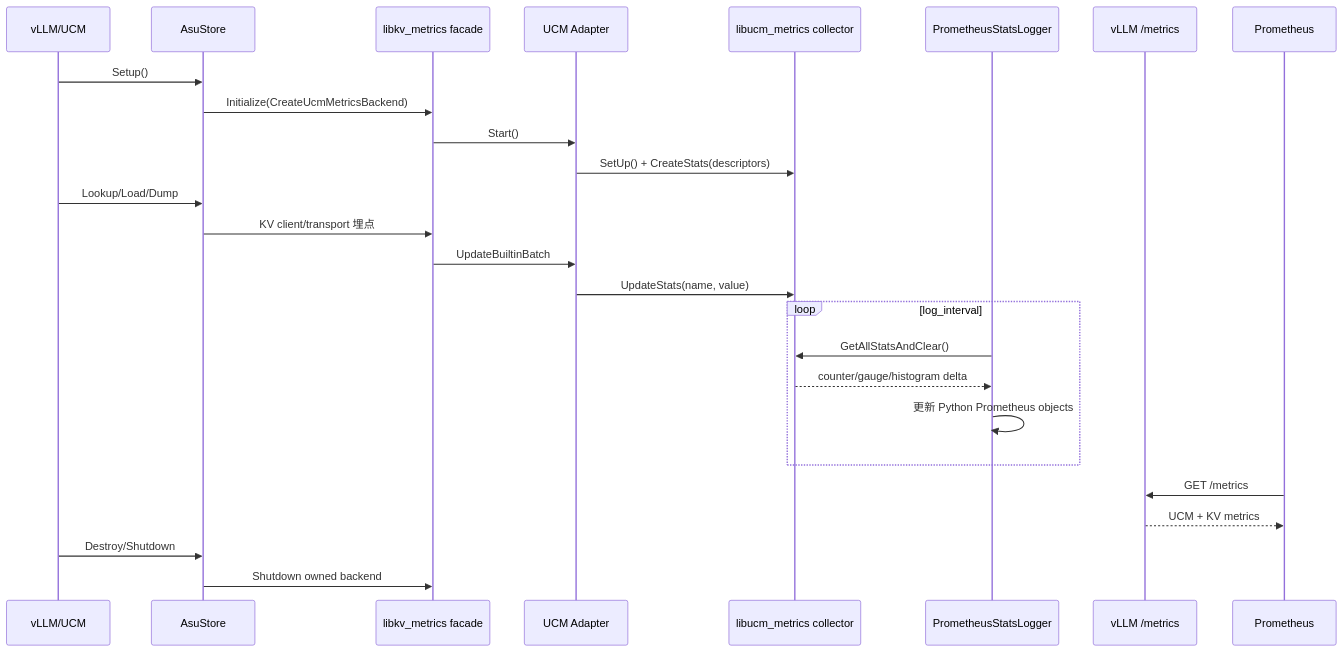
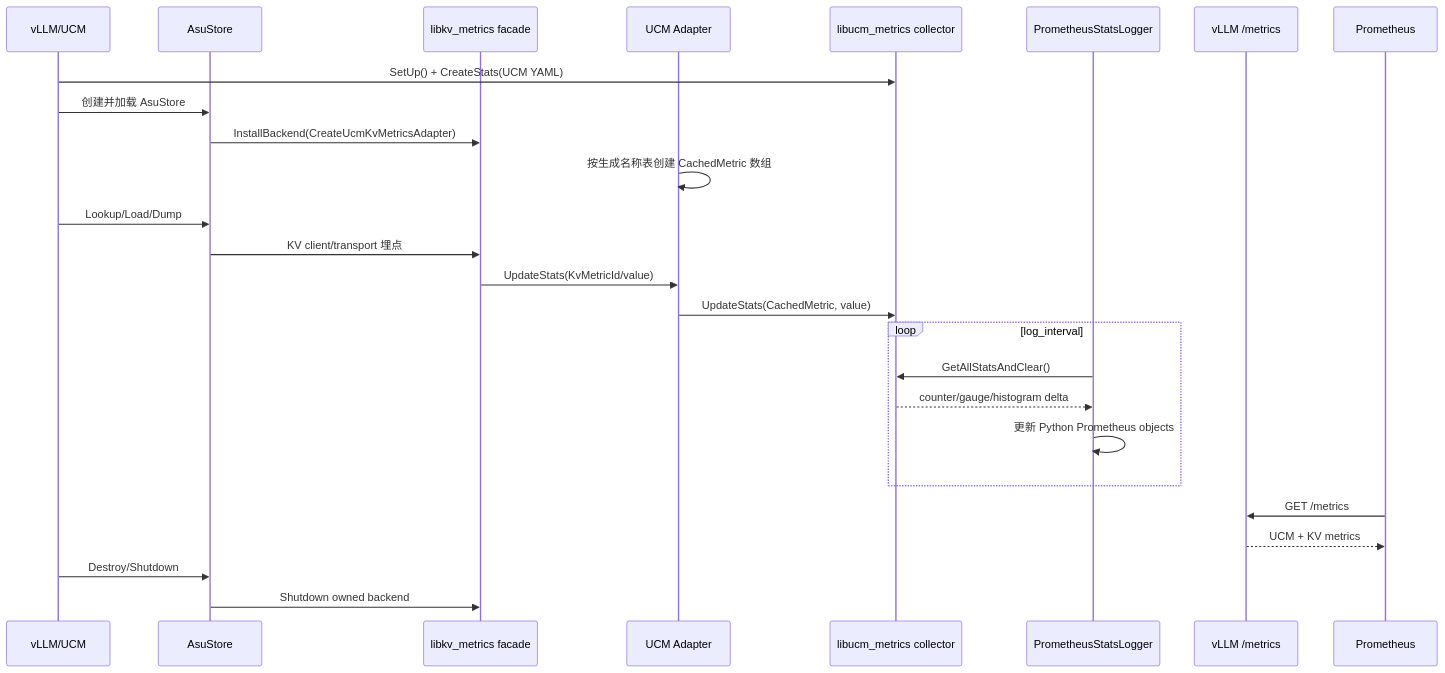
One commit to yuanzhg078/unified-cache-management changed the third of 3 diagrams in docs/source/user-guide/metrics/kv_metrics_architecture_zh.md. Above: the diagram before and after it, drawn with Mermaid. The commit also changed other lines of this file and 25 other files, not shown here.

````diff
--- a/docs/source/user-guide/metrics/kv_metrics_architecture_zh.md
+++ b/docs/source/user-guide/metrics/kv_metrics_architecture_zh.md
@@ -333,29 +333,29 @@
 ```mermaid
 sequenceDiagram
     participant V as vLLM/UCM
     participant S as AsuStore
     participant F as libkv_metrics facade
     participant A as UCM Adapter
     participant C as libucm_metrics collector
     participant L as PrometheusStatsLogger
     participant E as vLLM /metrics
     participant P as Prometheus
 
-    V->>S: Setup()
-    S->>F: Initialize(CreateUcmMetricsBackend)
-    F->>A: Start()
-    A->>C: SetUp() + CreateStats(descriptors)
+    V->>C: SetUp() + CreateStats(UCM YAML)
+    V->>S: 创建并加载 AsuStore
+    S->>F: InstallBackend(CreateUcmKvMetricsAdapter)
+    A->>A: 按生成名称表创建 CachedMetric 数组
     V->>S: Lookup/Load/Dump
     S->>F: KV client/transport 埋点
-    F->>A: UpdateBuiltinBatch
-    A->>C: UpdateStats(name, value)
+    F->>A: UpdateStats(KvMetricId/value)
+    A->>C: UpdateStats(CachedMetric, value)
     loop log_interval
         L->>C: GetAllStatsAndClear()
         C-->>L: counter/gauge/histogram delta
         L->>L: 更新 Python Prometheus objects
     end
     P->>E: GET /metrics
     E-->>P: UCM + KV metrics
     V->>S: Destroy/Shutdown
     S->>F: Shutdown owned backend
 ```
````
